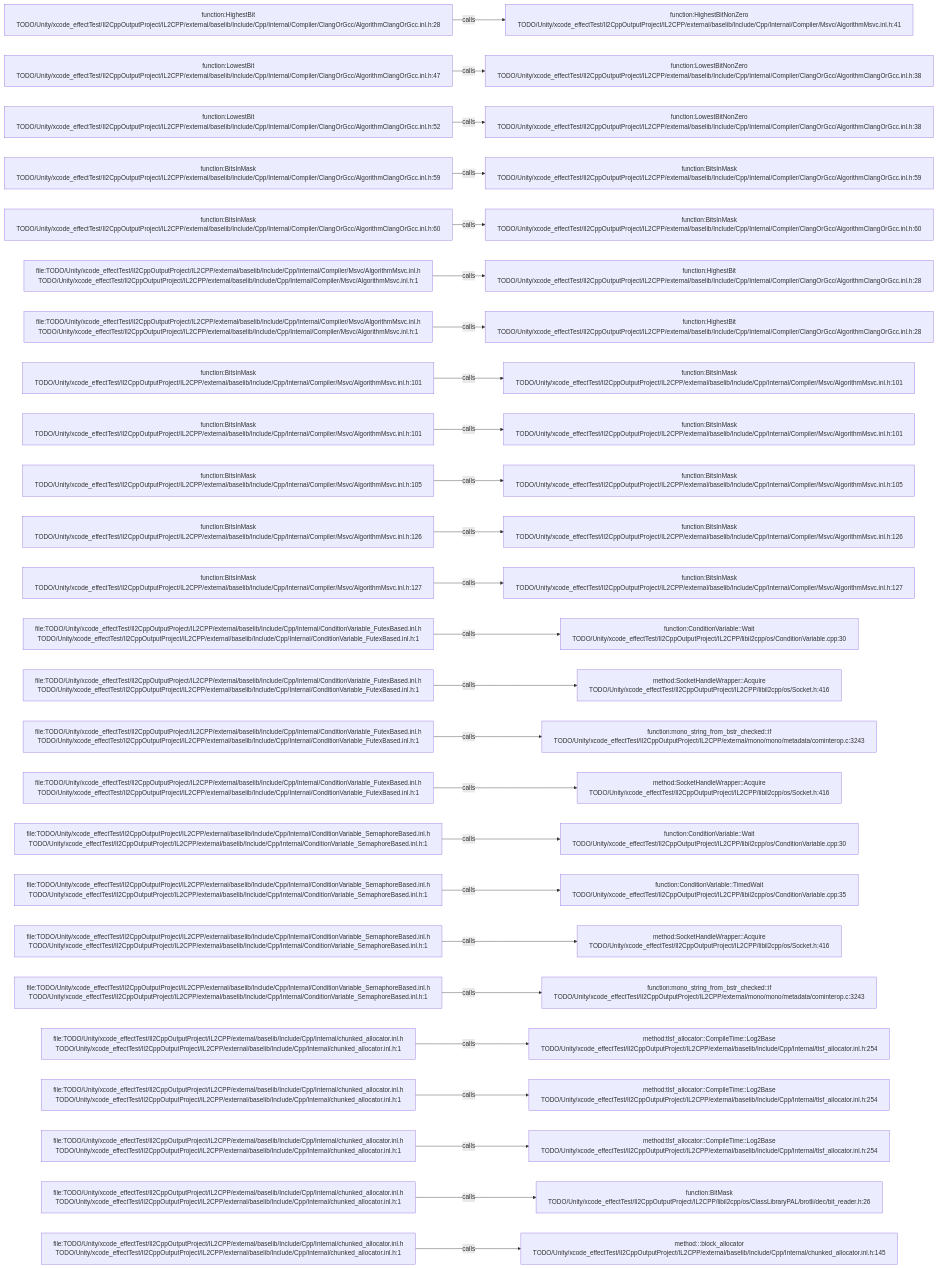
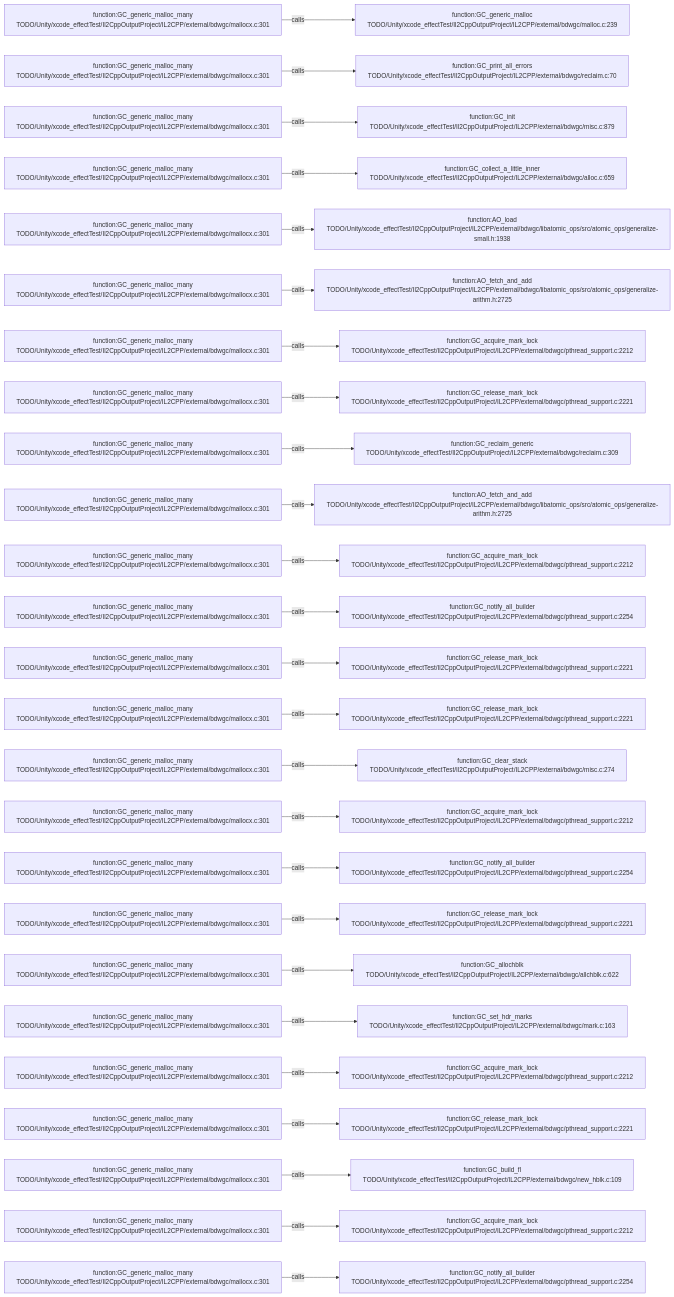
Before and after one commit to JobsKits/JobsSwiftBaseConfigDemo: the diagram in .codegraph/codegraph.md/graphs/calls-128.md, drawn with Mermaid. The commit also changed 227 other files, not shown here.

````diff
--- a/.codegraph/codegraph.md/graphs/calls-128.md
+++ b/.codegraph/codegraph.md/graphs/calls-128.md
@@ -13,78 +13,78 @@
 ```mermaid
 flowchart LR
-  S1["function:HighestBit<br/>TODO/Unity/xcode_effectTest/Il2CppOutputProject/IL2CPP/external/baselib/Include/Cpp/Internal/Compiler/ClangOrGcc/AlgorithmClangOrGcc.inl.h:28"]
-  T1["function:HighestBitNonZero<br/>TODO/Unity/xcode_effectTest/Il2CppOutputProject/IL2CPP/external/baselib/Include/Cpp/Internal/Compiler/Msvc/AlgorithmMsvc.inl.h:41"]
+  S1["function:GC_generic_malloc_many<br/>TODO/Unity/xcode_effectTest/Il2CppOutputProject/IL2CPP/external/bdwgc/mallocx.c:301"]
+  T1["function:GC_generic_malloc<br/>TODO/Unity/xcode_effectTest/Il2CppOutputProject/IL2CPP/external/bdwgc/malloc.c:239"]
   S1 -->|calls| T1
-  S2["function:LowestBit<br/>TODO/Unity/xcode_effectTest/Il2CppOutputProject/IL2CPP/external/baselib/Include/Cpp/Internal/Compiler/ClangOrGcc/AlgorithmClangOrGcc.inl.h:47"]
-  T2["function:LowestBitNonZero<br/>TODO/Unity/xcode_effectTest/Il2CppOutputProject/IL2CPP/external/baselib/Include/Cpp/Internal/Compiler/ClangOrGcc/AlgorithmClangOrGcc.inl.h:38"]
+  S2["function:GC_generic_malloc_many<br/>TODO/Unity/xcode_effectTest/Il2CppOutputProject/IL2CPP/external/bdwgc/mallocx.c:301"]
+  T2["function:GC_print_all_errors<br/>TODO/Unity/xcode_effectTest/Il2CppOutputProject/IL2CPP/external/bdwgc/reclaim.c:70"]
   S2 -->|calls| T2
-  S3["function:LowestBit<br/>TODO/Unity/xcode_effectTest/Il2CppOutputProject/IL2CPP/external/baselib/Include/Cpp/Internal/Compiler/ClangOrGcc/AlgorithmClangOrGcc.inl.h:52"]
-  T3["function:LowestBitNonZero<br/>TODO/Unity/xcode_effectTest/Il2CppOutputProject/IL2CPP/external/baselib/Include/Cpp/Internal/Compiler/ClangOrGcc/AlgorithmClangOrGcc.inl.h:38"]
+  S3["function:GC_generic_malloc_many<br/>TODO/Unity/xcode_effectTest/Il2CppOutputProject/IL2CPP/external/bdwgc/mallocx.c:301"]
+  T3["function:GC_init<br/>TODO/Unity/xcode_effectTest/Il2CppOutputProject/IL2CPP/external/bdwgc/misc.c:879"]
   S3 -->|calls| T3
-  S4["function:BitsInMask<br/>TODO/Unity/xcode_effectTest/Il2CppOutputProject/IL2CPP/external/baselib/Include/Cpp/Internal/Compiler/ClangOrGcc/AlgorithmClangOrGcc.inl.h:59"]
-  T4["function:BitsInMask<br/>TODO/Unity/xcode_effectTest/Il2CppOutputProject/IL2CPP/external/baselib/Include/Cpp/Internal/Compiler/ClangOrGcc/AlgorithmClangOrGcc.inl.h:59"]
+  S4["function:GC_generic_malloc_many<br/>TODO/Unity/xcode_effectTest/Il2CppOutputProject/IL2CPP/external/bdwgc/mallocx.c:301"]
+  T4["function:GC_collect_a_little_inner<br/>TODO/Unity/xcode_effectTest/Il2CppOutputProject/IL2CPP/external/bdwgc/alloc.c:659"]
   S4 -->|calls| T4
-  S5["function:BitsInMask<br/>TODO/Unity/xcode_effectTest/Il2CppOutputProject/IL2CPP/external/baselib/Include/Cpp/Internal/Compiler/ClangOrGcc/AlgorithmClangOrGcc.inl.h:60"]
-  T5["function:BitsInMask<br/>TODO/Unity/xcode_effectTest/Il2CppOutputProject/IL2CPP/external/baselib/Include/Cpp/Internal/Compiler/ClangOrGcc/AlgorithmClangOrGcc.inl.h:60"]
+  S5["function:GC_generic_malloc_many<br/>TODO/Unity/xcode_effectTest/Il2CppOutputProject/IL2CPP/external/bdwgc/mallocx.c:301"]
+  T5["function:AO_load<br/>TODO/Unity/xcode_effectTest/Il2CppOutputProject/IL2CPP/external/bdwgc/libatomic_ops/src/atomic_ops/generalize-small.h:1938"]
   S5 -->|calls| T5
-  S6["file:TODO/Unity/xcode_effectTest/Il2CppOutputProject/IL2CPP/external/baselib/Include/Cpp/Internal/Compiler/Msvc/AlgorithmMsvc.inl.h<br/>TODO/Unity/xcode_effectTest/Il2CppOutputProject/IL2CPP/external/baselib/Include/Cpp/Internal/Compiler/Msvc/AlgorithmMsvc.inl.h:1"]
-  T6["function:HighestBit<br/>TODO/Unity/xcode_effectTest/Il2CppOutputProject/IL2CPP/external/baselib/Include/Cpp/Internal/Compiler/ClangOrGcc/AlgorithmClangOrGcc.inl.h:28"]
+  S6["function:GC_generic_malloc_many<br/>TODO/Unity/xcode_effectTest/Il2CppOutputProject/IL2CPP/external/bdwgc/mallocx.c:301"]
+  T6["function:AO_fetch_and_add<br/>TODO/Unity/xcode_effectTest/Il2CppOutputProject/IL2CPP/external/bdwgc/libatomic_ops/src/atomic_ops/generalize-arithm.h:2725"]
   S6 -->|calls| T6
-  S7["file:TODO/Unity/xcode_effectTest/Il2CppOutputProject/IL2CPP/external/baselib/Include/Cpp/Internal/Compiler/Msvc/AlgorithmMsvc.inl.h<br/>TODO/Unity/xcode_effectTest/Il2CppOutputProject/IL2CPP/external/baselib/Include/Cpp/Internal/Compiler/Msvc/AlgorithmMsvc.inl.h:1"]
-  T7["function:HighestBit<br/>TODO/Unity/xcode_effectTest/Il2CppOutputProject/IL2CPP/external/baselib/Include/Cpp/Internal/Compiler/ClangOrGcc/AlgorithmClangOrGcc.inl.h:28"]
+  S7["function:GC_generic_malloc_many<br/>TODO/Unity/xcode_effectTest/Il2CppOutputProject/IL2CPP/external/bdwgc/mallocx.c:301"]
+  T7["function:GC_acquire_mark_lock<br/>TODO/Unity/xcode_effectTest/Il2CppOutputProject/IL2CPP/external/bdwgc/pthread_support.c:2212"]
   S7 -->|calls| T7
-  S8["function:BitsInMask<br/>TODO/Unity/xcode_effectTest/Il2CppOutputProject/IL2CPP/external/baselib/Include/Cpp/Internal/Compiler/Msvc/AlgorithmMsvc.inl.h:101"]
-  T8["function:BitsInMask<br/>TODO/Unity/xcode_effectTest/Il2CppOutputProject/IL2CPP/external/baselib/Include/Cpp/Internal/Compiler/Msvc/AlgorithmMsvc.inl.h:101"]
+  S8["function:GC_generic_malloc_many<br/>TODO/Unity/xcode_effectTest/Il2CppOutputProject/IL2CPP/external/bdwgc/mallocx.c:301"]
+  T8["function:GC_release_mark_lock<br/>TODO/Unity/xcode_effectTest/Il2CppOutputProject/IL2CPP/external/bdwgc/pthread_support.c:2221"]
   S8 -->|calls| T8
-  S9["function:BitsInMask<br/>TODO/Unity/xcode_effectTest/Il2CppOutputProject/IL2CPP/external/baselib/Include/Cpp/Internal/Compiler/Msvc/AlgorithmMsvc.inl.h:101"]
-  T9["function:BitsInMask<br/>TODO/Unity/xcode_effectTest/Il2CppOutputProject/IL2CPP/external/baselib/Include/Cpp/Internal/Compiler/Msvc/AlgorithmMsvc.inl.h:101"]
+  S9["function:GC_generic_malloc_many<br/>TODO/Unity/xcode_effectTest/Il2CppOutputProject/IL2CPP/external/bdwgc/mallocx.c:301"]
+  T9["function:GC_reclaim_generic<br/>TODO/Unity/xcode_effectTest/Il2CppOutputProject/IL2CPP/external/bdwgc/reclaim.c:309"]
   S9 -->|calls| T9
-  S10["function:BitsInMask<br/>TODO/Unity/xcode_effectTest/Il2CppOutputProject/IL2CPP/external/baselib/Include/Cpp/Internal/Compiler/Msvc/AlgorithmMsvc.inl.h:105"]
-  T10["function:BitsInMask<br/>TODO/Unity/xcode_effectTest/Il2CppOutputProject/IL2CPP/external/baselib/Include/Cpp/Internal/Compiler/Msvc/AlgorithmMsvc.inl.h:105"]
+  S10["function:GC_generic_malloc_many<br/>TODO/Unity/xcode_effectTest/Il2CppOutputProject/IL2CPP/external/bdwgc/mallocx.c:301"]
+  T10["function:AO_fetch_and_add<br/>TODO/Unity/xcode_effectTest/Il2CppOutputProject/IL2CPP/external/bdwgc/libatomic_ops/src/atomic_ops/generalize-arithm.h:2725"]
   S10 -->|calls| T10
-  S11["function:BitsInMask<br/>TODO/Unity/xcode_effectTest/Il2CppOutputProject/IL2CPP/external/baselib/Include/Cpp/Internal/Compiler/Msvc/AlgorithmMsvc.inl.h:126"]
-  T11["function:BitsInMask<br/>TODO/Unity/xcode_effectTest/Il2CppOutputProject/IL2CPP/external/baselib/Include/Cpp/Internal/Compiler/Msvc/AlgorithmMsvc.inl.h:126"]
+  S11["function:GC_generic_malloc_many<br/>TODO/Unity/xcode_effectTest/Il2CppOutputProject/IL2CPP/external/bdwgc/mallocx.c:301"]
+  T11["function:GC_acquire_mark_lock<br/>TODO/Unity/xcode_effectTest/Il2CppOutputProject/IL2CPP/external/bdwgc/pthread_support.c:2212"]
   S11 -->|calls| T11
-  S12["function:BitsInMask<br/>TODO/Unity/xcode_effectTest/Il2CppOutputProject/IL2CPP/external/baselib/Include/Cpp/Internal/Compiler/Msvc/AlgorithmMsvc.inl.h:127"]
-  T12["function:BitsInMask<br/>TODO/Unity/xcode_effectTest/Il2CppOutputProject/IL2CPP/external/baselib/Include/Cpp/Internal/Compiler/Msvc/AlgorithmMsvc.inl.h:127"]
+  S12["function:GC_generic_malloc_many<br/>TODO/Unity/xcode_effectTest/Il2CppOutputProject/IL2CPP/external/bdwgc/mallocx.c:301"]
+  T12["function:GC_notify_all_builder<br/>TODO/Unity/xcode_effectTest/Il2CppOutputProject/IL2CPP/external/bdwgc/pthread_support.c:2254"]
   S12 -->|calls| T12
-  S13["file:TODO/Unity/xcode_effectTest/Il2CppOutputProject/IL2CPP/external/baselib/Include/Cpp/Internal/ConditionVariable_FutexBased.inl.h<br/>TODO/Unity/xcode_effectTest/Il2CppOutputProject/IL2CPP/external/baselib/Include/Cpp/Internal/ConditionVariable_FutexBased.inl.h:1"]
-  T13["function:ConditionVariable::Wait<br/>TODO/Unity/xcode_effectTest/Il2CppOutputProject/IL2CPP/libil2cpp/os/ConditionVariable.cpp:30"]
+  S13["function:GC_generic_malloc_many<br/>TODO/Unity/xcode_effectTest/Il2CppOutputProject/IL2CPP/external/bdwgc/mallocx.c:301"]
+  T13["function:GC_release_mark_lock<br/>TODO/Unity/xcode_effectTest/Il2CppOutputProject/IL2CPP/external/bdwgc/pthread_support.c:2221"]
   S13 -->|calls| T13
-  S14["file:TODO/Unity/xcode_effectTest/Il2CppOutputProject/IL2CPP/external/baselib/Include/Cpp/Internal/ConditionVariable_FutexBased.inl.h<br/>TODO/Unity/xcode_effectTest/Il2CppOutputProject/IL2CPP/external/baselib/Include/Cpp/Internal/ConditionVariable_FutexBased.inl.h:1"]
-  T14["method:SocketHandleWrapper::Acquire<br/>TODO/Unity/xcode_effectTest/Il2CppOutputProject/IL2CPP/libil2cpp/os/Socket.h:416"]
+  S14["function:GC_generic_malloc_many<br/>TODO/Unity/xcode_effectTest/Il2CppOutputProject/IL2CPP/external/bdwgc/mallocx.c:301"]
+  T14["function:GC_release_mark_lock<br/>TODO/Unity/xcode_effectTest/Il2CppOutputProject/IL2CPP/external/bdwgc/pthread_support.c:2221"]
   S14 -->|calls| T14
-  S15["file:TODO/Unity/xcode_effectTest/Il2CppOutputProject/IL2CPP/external/baselib/Include/Cpp/Internal/ConditionVariable_FutexBased.inl.h<br/>TODO/Unity/xcode_effectTest/Il2CppOutputProject/IL2CPP/external/baselib/Include/Cpp/Internal/ConditionVariable_FutexBased.inl.h:1"]
-  T15["function:mono_string_from_bstr_checked::if<br/>TODO/Unity/xcode_effectTest/Il2CppOutputProject/IL2CPP/external/mono/mono/metadata/cominterop.c:3243"]
+  S15["function:GC_generic_malloc_many<br/>TODO/Unity/xcode_effectTest/Il2CppOutputProject/IL2CPP/external/bdwgc/mallocx.c:301"]
+  T15["function:GC_clear_stack<br/>TODO/Unity/xcode_effectTest/Il2CppOutputProject/IL2CPP/external/bdwgc/misc.c:274"]
   S15 -->|calls| T15
-  S16["file:TODO/Unity/xcode_effectTest/Il2CppOutputProject/IL2CPP/external/baselib/Include/Cpp/Internal/ConditionVariable_FutexBased.inl.h<br/>TODO/Unity/xcode_effectTest/Il2CppOutputProject/IL2CPP/external/baselib/Include/Cpp/Internal/ConditionVariable_FutexBased.inl.h:1"]
-  T16["method:SocketHandleWrapper::Acquire<br/>TODO/Unity/xcode_effectTest/Il2CppOutputProject/IL2CPP/libil2cpp/os/Socket.h:416"]
+  S16["function:GC_generic_malloc_many<br/>TODO/Unity/xcode_effectTest/Il2CppOutputProject/IL2CPP/external/bdwgc/mallocx.c:301"]
+  T16["function:GC_acquire_mark_lock<br/>TODO/Unity/xcode_effectTest/Il2CppOutputProject/IL2CPP/external/bdwgc/pthread_support.c:2212"]
   S16 -->|calls| T16
-  S17["file:TODO/Unity/xcode_effectTest/Il2CppOutputProject/IL2CPP/external/baselib/Include/Cpp/Internal/ConditionVariable_SemaphoreBased.inl.h<br/>TODO/Unity/xcode_effectTest/Il2CppOutputProject/IL2CPP/external/baselib/Include/Cpp/Internal/ConditionVariable_SemaphoreBased.inl.h:1"]
-  T17["function:ConditionVariable::Wait<br/>TODO/Unity/xcode_effectTest/Il2CppOutputProject/IL2CPP/libil2cpp/os/ConditionVariable.cpp:30"]
+  S17["function:GC_generic_malloc_many<br/>TODO/Unity/xcode_effectTest/Il2CppOutputProject/IL2CPP/external/bdwgc/mallocx.c:301"]
+  T17["function:GC_notify_all_builder<br/>TODO/Unity/xcode_effectTest/Il2CppOutputProject/IL2CPP/external/bdwgc/pthread_support.c:2254"]
   S17 -->|calls| T17
-  S18["file:TODO/Unity/xcode_effectTest/Il2CppOutputProject/IL2CPP/external/baselib/Include/Cpp/Internal/ConditionVariable_SemaphoreBased.inl.h<br/>TODO/Unity/xcode_effectTest/Il2CppOutputProject/IL2CPP/external/baselib/Include/Cpp/Internal/ConditionVariable_SemaphoreBased.inl.h:1"]
-  T18["function:ConditionVariable::TimedWait<br/>TODO/Unity/xcode_effectTest/Il2CppOutputProject/IL2CPP/libil2cpp/os/ConditionVariable.cpp:35"]
+  S18["function:GC_generic_malloc_many<br/>TODO/Unity/xcode_effectTest/Il2CppOutputProject/IL2CPP/external/bdwgc/mallocx.c:301"]
+  T18["function:GC_release_mark_lock<br/>TODO/Unity/xcode_effectTest/Il2CppOutputProject/IL2CPP/external/bdwgc/pthread_support.c:2221"]
   S18 -->|calls| T18
-  S19["file:TODO/Unity/xcode_effectTest/Il2CppOutputProject/IL2CPP/external/baselib/Include/Cpp/Internal/ConditionVariable_SemaphoreBased.inl.h<br/>TODO/Unity/xcode_effectTest/Il2CppOutputProject/IL2CPP/external/baselib/Include/Cpp/Internal/ConditionVariable_SemaphoreBased.inl.h:1"]
-  T19["method:SocketHandleWrapper::Acquire<br/>TODO/Unity/xcode_effectTest/Il2CppOutputProject/IL2CPP/libil2cpp/os/Socket.h:416"]
+  S19["function:GC_generic_malloc_many<br/>TODO/Unity/xcode_effectTest/Il2CppOutputProject/IL2CPP/external/bdwgc/mallocx.c:301"]
+  T19["function:GC_allochblk<br/>TODO/Unity/xcode_effectTest/Il2CppOutputProject/IL2CPP/external/bdwgc/allchblk.c:622"]
   S19 -->|calls| T19
-  S20["file:TODO/Unity/xcode_effectTest/Il2CppOutputProject/IL2CPP/external/baselib/Include/Cpp/Internal/ConditionVariable_SemaphoreBased.inl.h<br/>TODO/Unity/xcode_effectTest/Il2CppOutputProject/IL2CPP/external/baselib/Include/Cpp/Internal/ConditionVariable_SemaphoreBased.inl.h:1"]
-  T20["function:mono_string_from_bstr_checked::if<br/>TODO/Unity/xcode_effectTest/Il2CppOutputProject/IL2CPP/external/mono/mono/metadata/cominterop.c:3243"]
+  S20["function:GC_generic_malloc_many<br/>TODO/Unity/xcode_effectTest/Il2CppOutputProject/IL2CPP/external/bdwgc/mallocx.c:301"]
+  T20["function:GC_set_hdr_marks<br/>TODO/Unity/xcode_effectTest/Il2CppOutputProject/IL2CPP/external/bdwgc/mark.c:163"]
   S20 -->|calls| T20
-  S21["file:TODO/Unity/xcode_effectTest/Il2CppOutputProject/IL2CPP/external/baselib/Include/Cpp/Internal/chunked_allocator.inl.h<br/>TODO/Unity/xcode_effectTest/Il2CppOutputProject/IL2CPP/external/baselib/Include/Cpp/Internal/chunked_allocator.inl.h:1"]
-  T21["method:tlsf_allocator::CompileTime::Log2Base<br/>TODO/Unity/xcode_effectTest/Il2CppOutputProject/IL2CPP/external/baselib/Include/Cpp/Internal/tlsf_allocator.inl.h:254"]
+  S21["function:GC_generic_malloc_many<br/>TODO/Unity/xcode_effectTest/Il2CppOutputProject/IL2CPP/external/bdwgc/mallocx.c:301"]
+  T21["function:GC_acquire_mark_lock<br/>TODO/Unity/xcode_effectTest/Il2CppOutputProject/IL2CPP/external/bdwgc/pthread_support.c:2212"]
   S21 -->|calls| T21
-  S22["file:TODO/Unity/xcode_effectTest/Il2CppOutputProject/IL2CPP/external/baselib/Include/Cpp/Internal/chunked_allocator.inl.h<br/>TODO/Unity/xcode_effectTest/Il2CppOutputProject/IL2CPP/external/baselib/Include/Cpp/Internal/chunked_allocator.inl.h:1"]
-  T22["method:tlsf_allocator::CompileTime::Log2Base<br/>TODO/Unity/xcode_effectTest/Il2CppOutputProject/IL2CPP/external/baselib/Include/Cpp/Internal/tlsf_allocator.inl.h:254"]
+  S22["function:GC_generic_malloc_many<br/>TODO/Unity/xcode_effectTest/Il2CppOutputProject/IL2CPP/external/bdwgc/mallocx.c:301"]
+  T22["function:GC_release_mark_lock<br/>TODO/Unity/xcode_effectTest/Il2CppOutputProject/IL2CPP/external/bdwgc/pthread_support.c:2221"]
   S22 -->|calls| T22
-  S23["file:TODO/Unity/xcode_effectTest/Il2CppOutputProject/IL2CPP/external/baselib/Include/Cpp/Internal/chunked_allocator.inl.h<br/>TODO/Unity/xcode_effectTest/Il2CppOutputProject/IL2CPP/external/baselib/Include/Cpp/Internal/chunked_allocator.inl.h:1"]
-  T23["method:tlsf_allocator::CompileTime::Log2Base<br/>TODO/Unity/xcode_effectTest/Il2CppOutputProject/IL2CPP/external/baselib/Include/Cpp/Internal/tlsf_allocator.inl.h:254"]
+  S23["function:GC_generic_malloc_many<br/>TODO/Unity/xcode_effectTest/Il2CppOutputProject/IL2CPP/external/bdwgc/mallocx.c:301"]
+  T23["function:GC_build_fl<br/>TODO/Unity/xcode_effectTest/Il2CppOutputProject/IL2CPP/external/bdwgc/new_hblk.c:109"]
   S23 -->|calls| T23
-  S24["file:TODO/Unity/xcode_effectTest/Il2CppOutputProject/IL2CPP/external/baselib/Include/Cpp/Internal/chunked_allocator.inl.h<br/>TODO/Unity/xcode_effectTest/Il2CppOutputProject/IL2CPP/external/baselib/Include/Cpp/Internal/chunked_allocator.inl.h:1"]
-  T24["function:BitMask<br/>TODO/Unity/xcode_effectTest/Il2CppOutputProject/IL2CPP/libil2cpp/os/ClassLibraryPAL/brotli/dec/bit_reader.h:26"]
+  S24["function:GC_generic_malloc_many<br/>TODO/Unity/xcode_effectTest/Il2CppOutputProject/IL2CPP/external/bdwgc/mallocx.c:301"]
+  T24["function:GC_acquire_mark_lock<br/>TODO/Unity/xcode_effectTest/Il2CppOutputProject/IL2CPP/external/bdwgc/pthread_support.c:2212"]
   S24 -->|calls| T24
-  S25["file:TODO/Unity/xcode_effectTest/Il2CppOutputProject/IL2CPP/external/baselib/Include/Cpp/Internal/chunked_allocator.inl.h<br/>TODO/Unity/xcode_effectTest/Il2CppOutputProject/IL2CPP/external/baselib/Include/Cpp/Internal/chunked_allocator.inl.h:1"]
-  T25["method:<anonymous>::block_allocator<br/>TODO/Unity/xcode_effectTest/Il2CppOutputProject/IL2CPP/external/baselib/Include/Cpp/Internal/chunked_allocator.inl.h:145"]
+  S25["function:GC_generic_malloc_many<br/>TODO/Unity/xcode_effectTest/Il2CppOutputProject/IL2CPP/external/bdwgc/mallocx.c:301"]
+  T25["function:GC_notify_all_builder<br/>TODO/Unity/xcode_effectTest/Il2CppOutputProject/IL2CPP/external/bdwgc/pthread_support.c:2254"]
   S25 -->|calls| T25
 ```
````
